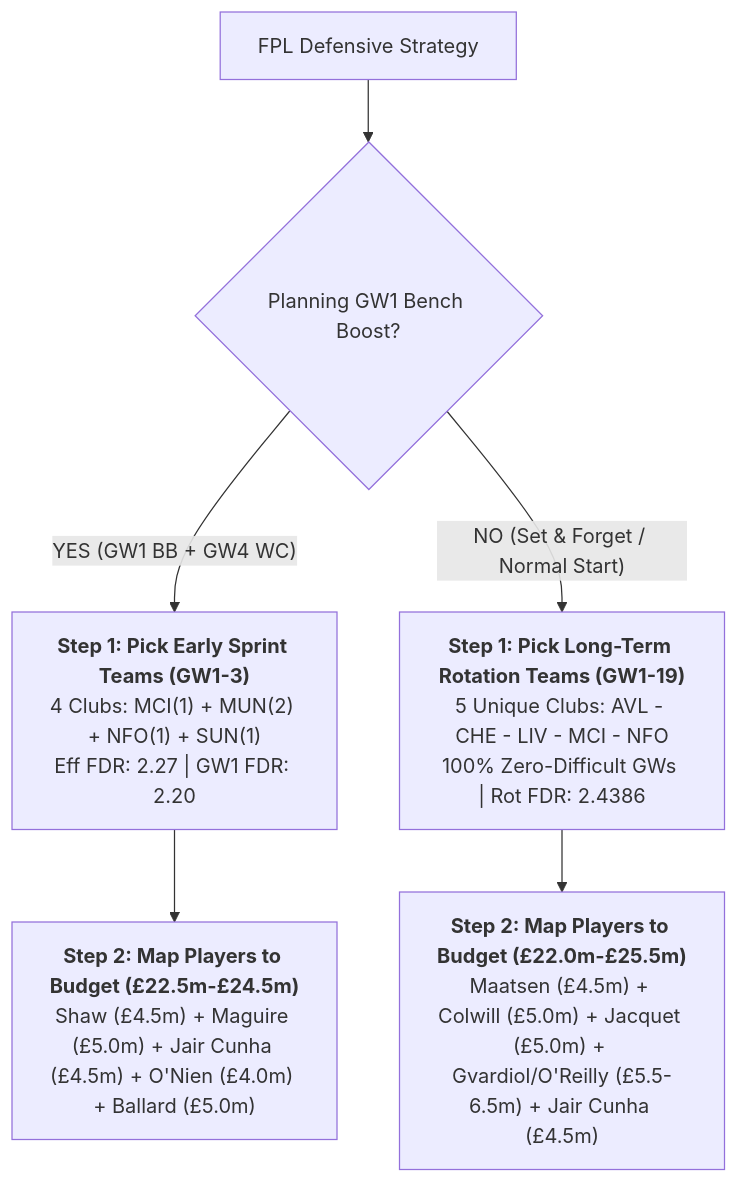
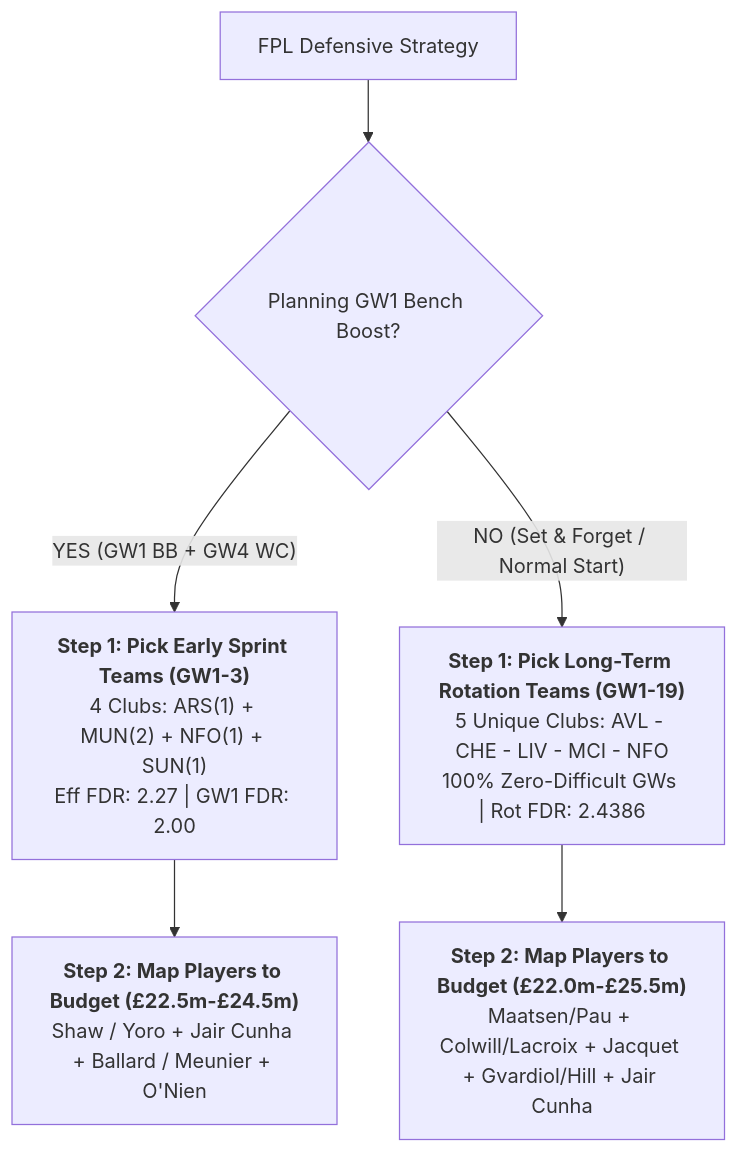
One commit to JubileeZ/fpl-jubilee-ascent changed the second of 2 diagrams in docs/research/def-fixture-rotation/def-fixture-rotation.md. Above: the diagram before and after it, drawn with Mermaid. The commit also changed other lines of this file and 9 other files, not shown here.

````diff
--- a/docs/research/def-fixture-rotation/def-fixture-rotation.md
+++ b/docs/research/def-fixture-rotation/def-fixture-rotation.md
@@ -368,9 +383,9 @@
 ```mermaid
 graph TD
     A["FPL Defensive Strategy"] --> B{"Planning GW1 Bench Boost?"}
-    B -- "YES (GW1 BB + GW4 WC)" --> C["<b>Step 1: Pick Early Sprint Teams (GW1-3)</b><br>4 Clubs: MCI(1) + MUN(2) + NFO(1) + SUN(1)<br>Eff FDR: 2.27 | GW1 FDR: 2.20"]
+    B -- "YES (GW1 BB + GW4 WC)" --> C["<b>Step 1: Pick Early Sprint Teams (GW1-3)</b><br>4 Clubs: ARS(1) + MUN(2) + NFO(1) + SUN(1)<br>Eff FDR: 2.27 | GW1 FDR: 2.00"]
     B -- "NO (Set & Forget / Normal Start)" --> D["<b>Step 1: Pick Long-Term Rotation Teams (GW1-19)</b><br>5 Unique Clubs: AVL - CHE - LIV - MCI - NFO<br>100% Zero-Difficult GWs | Rot FDR: 2.4386"]
     
-    C --> E["<b>Step 2: Map Players to Budget (£22.5m-£24.5m)</b><br>Shaw (£4.5m) + Maguire (£5.0m) + Jair Cunha (£4.5m) + O'Nien (£4.0m) + Ballard (£5.0m)"]
-    D --> F["<b>Step 2: Map Players to Budget (£22.0m-£25.5m)</b><br>Maatsen (£4.5m) + Colwill (£5.0m) + Jacquet (£5.0m) + Gvardiol/O'Reilly (£5.5-6.5m) + Jair Cunha (£4.5m)"]
+    C --> E["<b>Step 2: Map Players to Budget (£22.5m-£24.5m)</b><br>Shaw / Yoro + Jair Cunha + Ballard / Meunier + O'Nien"]
+    D --> F["<b>Step 2: Map Players to Budget (£22.0m-£25.5m)</b><br>Maatsen/Pau + Colwill/Lacroix + Jacquet + Gvardiol/Hill + Jair Cunha"]
 ```
````
